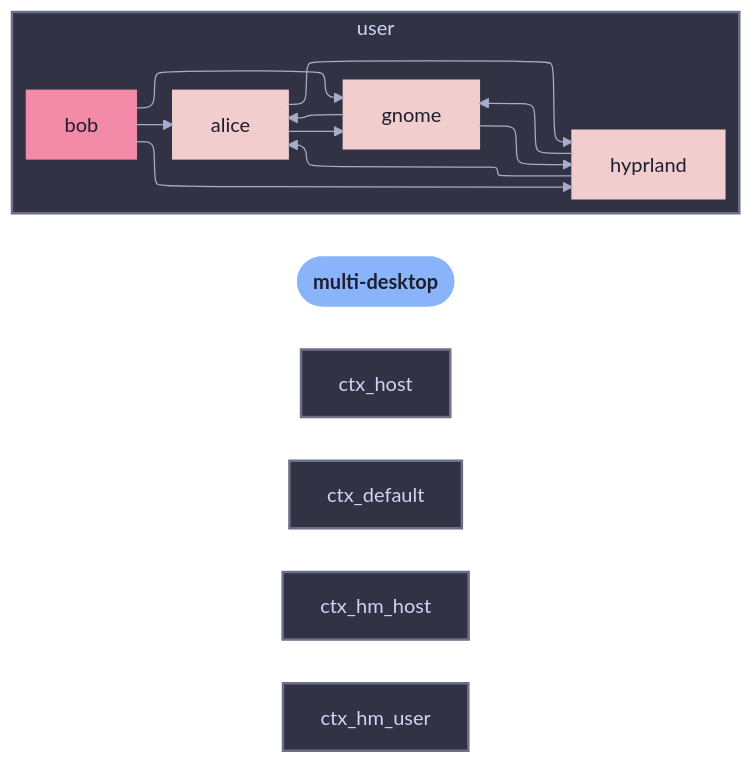
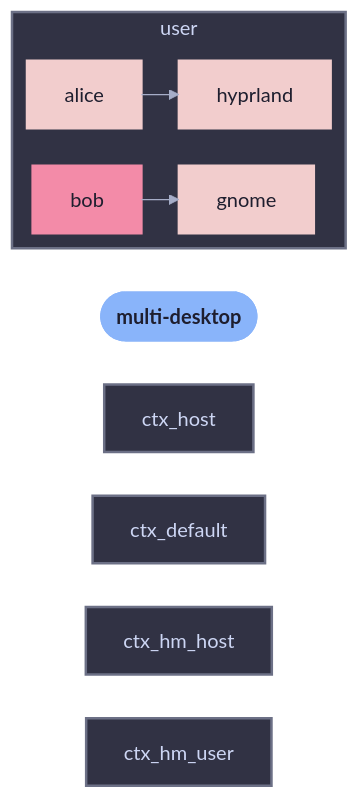
The diagram in templates/diag-fx-demo/diagrams/multi-desktop-cross-class.md (sini/den), drawn with Mermaid before and after one commit. The commit also changed 849 other files, not shown here.

Commit message:
chore: update fx diagrams

````diff
--- a/templates/diag-fx-demo/diagrams/multi-desktop-cross-class.md
+++ b/templates/diag-fx-demo/diagrams/multi-desktop-cross-class.md
@@ -5,33 +5,26 @@
 ```mermaid
 %%{init: {"elk":{"mergeEdges":true,"nodePlacementStrategy":"BRANDES_KOEPF"},"layout":"elk","theme":"base","themeVariables":{"activationBkgColor":"#313244","activationBorderColor":"#6c7086","actorBkg":"#313244","actorBorder":"#a6adc8","actorLineColor":"#a6adc8","actorTextColor":"#cdd6f4","background":"#1e1e2e","classText":"#cdd6f4","clusterBkg":"#313244","clusterBorder":"#6c7086","edgeLabelBackground":"#1e1e2e","labelBoxBkgColor":"#313244","labelBoxBorderColor":"#a6adc8","labelTextColor":"#cdd6f4","lineColor":"#a6adc8","loopTextColor":"#cdd6f4","mainBkg":"#313244","nodeBkg":"#313244","nodeBorder":"#a6adc8","nodeTextColor":"#cdd6f4","noteBkgColor":"#313244","noteBorderColor":"#6c7086","noteTextColor":"#cdd6f4","pie1":"#f38ba8","pie2":"#fab387","pie3":"#f9e2af","pie4":"#a6e3a1","pie5":"#94e2d5","pie6":"#89b4fa","pie7":"#cba6f7","pie8":"#f2cdcd","pieLegendTextColor":"#cdd6f4","pieOuterStrokeColor":"#6c7086","pieSectionTextColor":"#cdd6f4","pieStrokeColor":"#6c7086","pieTitleTextColor":"#cdd6f4","primaryBorderColor":"#a6adc8","primaryColor":"#313244","primaryTextColor":"#cdd6f4","secondBkg":"#313244","secondaryBorderColor":"#6c7086","secondaryColor":"#313244","secondaryTextColor":"#cdd6f4","sequenceNumberColor":"#1e1e2e","signalColor":"#a6adc8","signalTextColor":"#cdd6f4","tertiaryBorderColor":"#6c7086","tertiaryColor":"#313244","tertiaryTextColor":"#cdd6f4","textColor":"#cdd6f4","titleColor":"#cdd6f4"}}}%%
 graph LR
   multi_desktop([multi-desktop]):::root
 
   subgraph ctx_user["user"]
   alice["alice"]:::alice_c
   bob["bob"]:::bob_c
   gnome["gnome"]:::gnome_c
   hyprland["hyprland"]:::hyprland_c
   alice --> hyprland
-  alice --> gnome
   bob --> gnome
-  bob --> alice
-  bob --> hyprland
-  gnome --> alice
-  gnome --> hyprland
-  hyprland --> alice
-  hyprland --> gnome
   end
 
 
   classDef root fill:#89b4fa,stroke:#89b4fa,color:#1e1e2e,font-weight:bold
   classDef alice_c fill:#f2cdcd,stroke:#f2cdcd,color:#1e1e2e,stroke-width:2px
   classDef bob_c fill:#f38ba8,stroke:#f38ba8,color:#1e1e2e,stroke-width:2px
   classDef gnome_c fill:#f2cdcd,stroke:#f2cdcd,color:#1e1e2e,stroke-width:2px
   classDef hyprland_c fill:#f2cdcd,stroke:#f2cdcd,color:#1e1e2e,stroke-width:2px
 style ctx_host fill:#313244,stroke:#6c7086,stroke-width:2px
 style ctx_default fill:#313244,stroke:#6c7086,stroke-width:2px
 style ctx_hm_host fill:#313244,stroke:#6c7086,stroke-width:2px
 style ctx_hm_user fill:#313244,stroke:#6c7086,stroke-width:2px
 style ctx_user fill:#313244,stroke:#6c7086,stroke-width:2px
 ```
````
